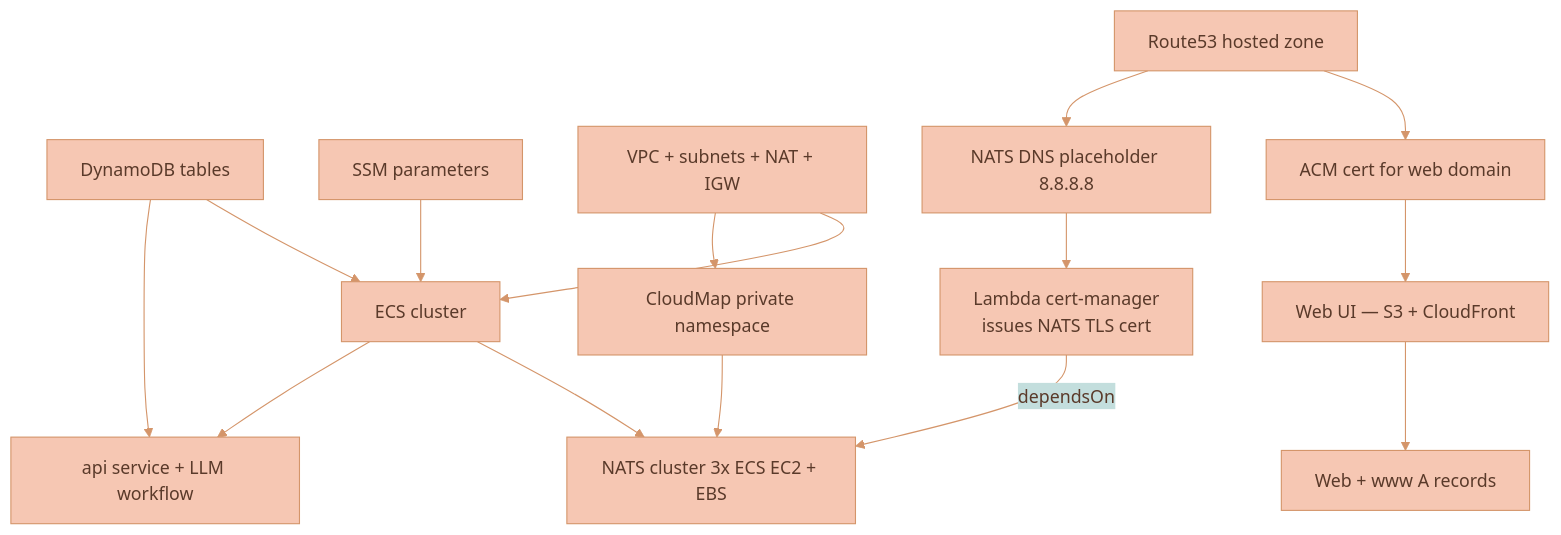
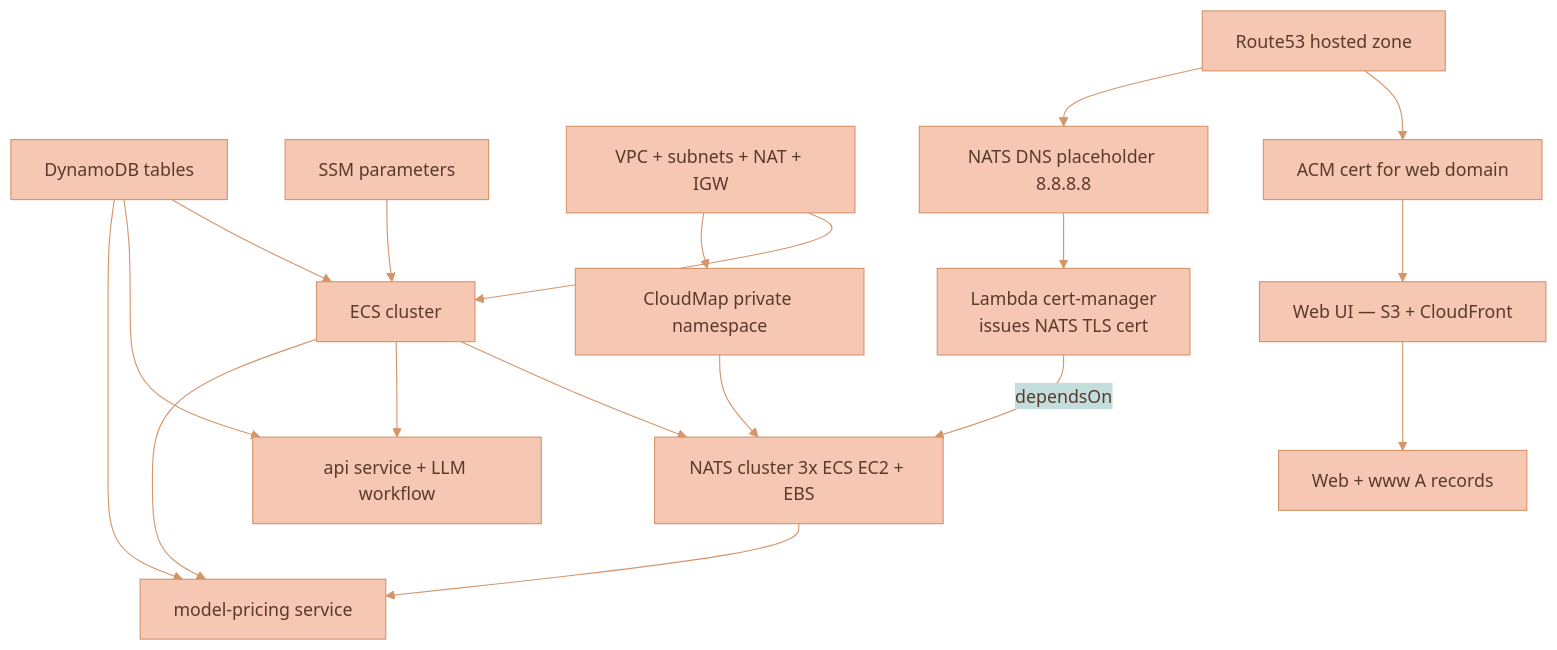
One commit to Lixpi/lixpi changed the second of 5 diagrams in documentation/platform/deployment/INFRASTRUCTURE-OVERVIEW.md. Above: the diagram before and after it, drawn with Mermaid. The commit also changed other lines of this file and 22 other files, not shown here.

Commit message:
LIX-340 # Complete model pricing operational hardening

````diff
--- a/documentation/platform/deployment/INFRASTRUCTURE-OVERVIEW.md
+++ b/documentation/platform/deployment/INFRASTRUCTURE-OVERVIEW.md
@@ -194,32 +201,36 @@
 ```mermaid
 %%{init: {'theme': 'base', 'themeVariables': { 'primaryColor': '#F6C7B3', 'primaryTextColor': '#5a3a2a', 'primaryBorderColor': '#d4956a', 'secondaryColor': '#C3DEDD', 'secondaryTextColor': '#1a3a47', 'secondaryBorderColor': '#4a8a9d', 'tertiaryColor': '#DCECE9', 'tertiaryTextColor': '#1a3a47', 'tertiaryBorderColor': '#82B2C0', 'lineColor': '#d4956a', 'textColor': '#5a3a2a'}}}%%
 flowchart TB
     DDB[DynamoDB tables]
     SSM[SSM parameters]
     NET[VPC + subnets + NAT + IGW]
     HZ[Route53 hosted zone]
     CERT[ACM cert for web domain]
     CM[CloudMap private namespace]
     ECS[ECS cluster]
     PLACE[NATS DNS placeholder 8.8.8.8]
     CERTMGR[Lambda cert-manager<br/>issues NATS TLS cert]
     NATS[NATS cluster 3x ECS EC2 + EBS]
     API[api service + LLM workflow]
+    PRICING[model-pricing service]
     WEB[Web UI — S3 + CloudFront]
     DNS[Web + www A records]
 
     DDB --> ECS
     SSM --> ECS
     NET --> ECS
     NET --> CM
     HZ --> CERT
     HZ --> PLACE
     PLACE --> CERTMGR
     CERTMGR -->|dependsOn| NATS
     CM --> NATS
     ECS --> NATS
     ECS --> API
     DDB --> API
+    ECS --> PRICING
+    DDB --> PRICING
+    NATS --> PRICING
     CERT --> WEB
     WEB --> DNS
 ```
````
